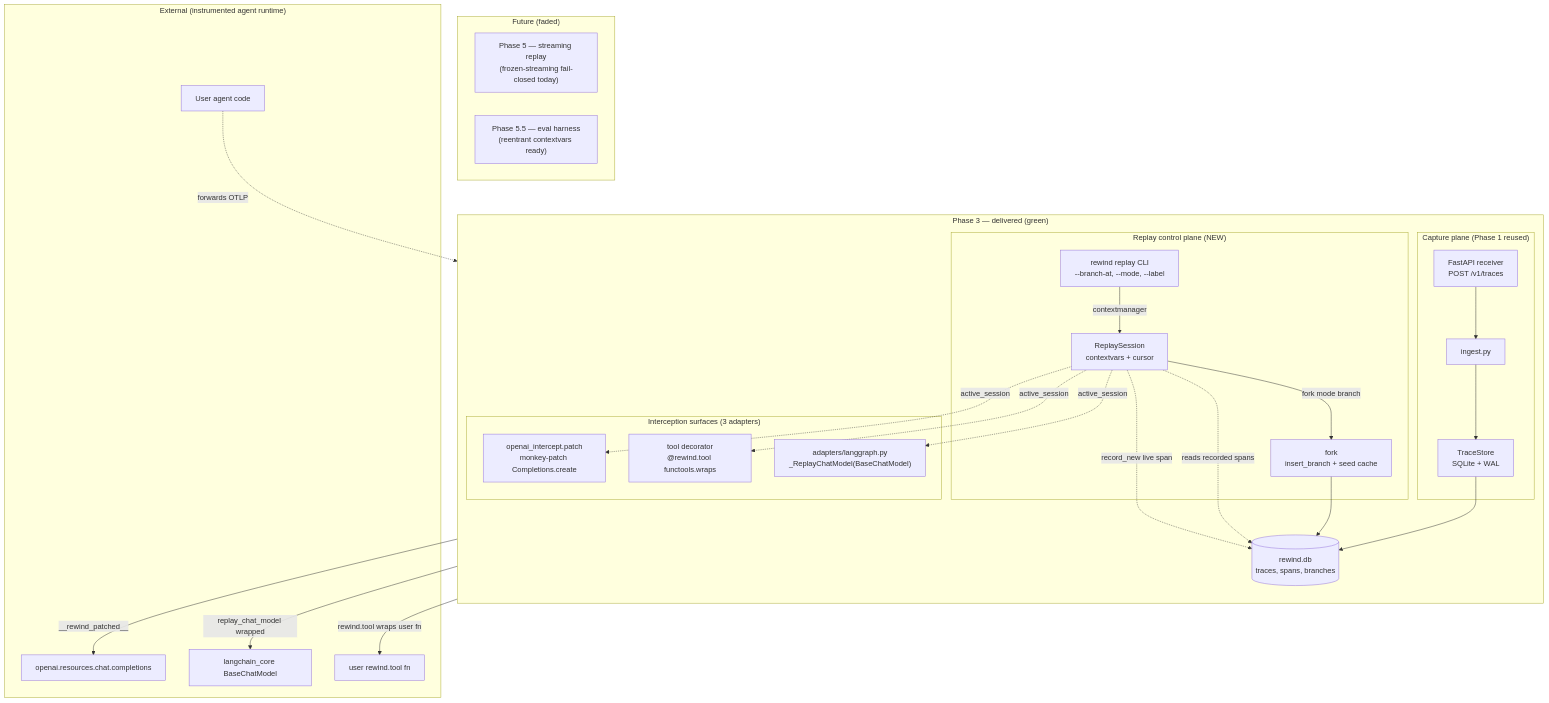
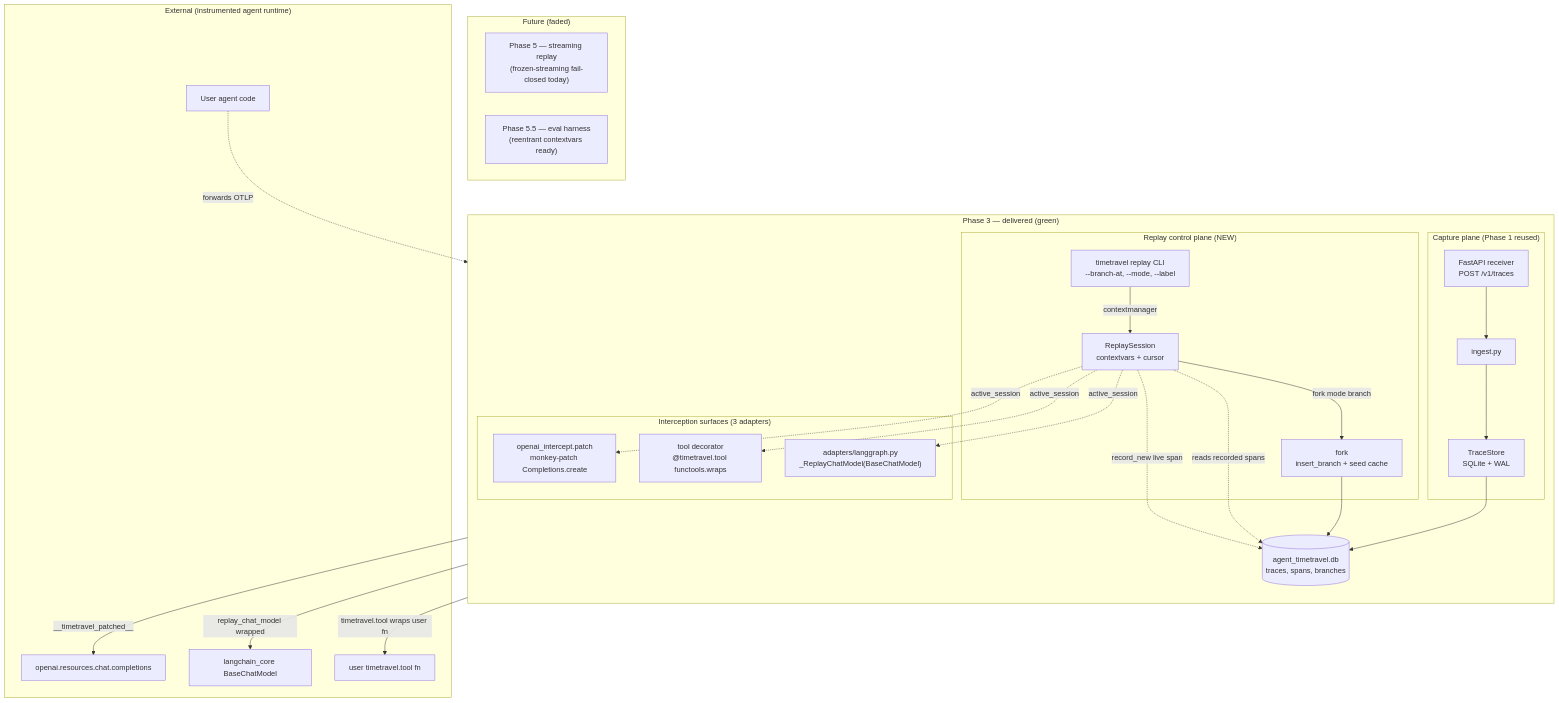
The first of 3 diagrams in docs/phases/phase-3.md (akshay-mp/Rewind), drawn with Mermaid before and after one commit. The commit also changed other lines of this file and 244 other files, not shown here.

First line of the commit message:
Rebrand to agent-timetravel

````diff
--- a/docs/phases/phase-3.md
+++ b/docs/phases/phase-3.md
@@ -112,44 +112,44 @@
 ```mermaid
 flowchart TB
     subgraph P3Delivered["Phase 3 — delivered (green)"]
         direction TB
         subgraph CapturePlane["Capture plane (Phase 1 reused)"]
             Receiver["FastAPI receiver<br/>POST /v1/traces"]
             Ingest["ingest.py"]
             StoreW["TraceStore<br/>SQLite + WAL"]
         end
-        DB[("rewind.db<br/>traces, spans, branches")]
+        DB[("agent_timetravel.db<br/>traces, spans, branches")]
         subgraph ReplayPlane["Replay control plane (NEW)"]
-            CLI["rewind replay CLI<br/>--branch-at, --mode, --label"]
+            CLI["timetravel replay CLI<br/>--branch-at, --mode, --label"]
             Session["ReplaySession<br/>contextvars + cursor"]
             Branch["fork<br/>insert_branch + seed cache"]
         end
         subgraph InterceptPlane["Interception surfaces (3 adapters)"]
             Patch["openai_intercept.patch<br/>monkey-patch Completions.create"]
-            Tool["tool decorator<br/>@rewind.tool functools.wraps"]
+            Tool["tool decorator<br/>@timetravel.tool functools.wraps"]
             Adapter["adapters/langgraph.py<br/>_ReplayChatModel(BaseChatModel)"]
         end
     end
     subgraph P3Future["Future (faded)"]
         Phase5Streaming["Phase 5 — streaming replay<br/>(frozen-streaming fail-closed today)"]
         EvalHarness["Phase 5.5 — eval harness<br/>(reentrant contextvars ready)"]
     end
     subgraph P3External["External (instrumented agent runtime)"]
         AgentCode["User agent code"]
         OpenAI["openai.resources.chat.completions"]
         LangGraph["langchain_core BaseChatModel"]
-        UserTool["user rewind.tool fn"]
+        UserTool["user timetravel.tool fn"]
     end
     AgentCode -.forwards OTLP.-> Receiver
     Receiver --> Ingest --> StoreW --> DB
     CLI -->|contextmanager| Session
     Session -->|fork mode branch| Branch --> DB
     Session -.active_session.-> Patch
     Session -.active_session.-> Tool
     Session -.active_session.-> Adapter
-    Patch -->|__rewind_patched__| OpenAI
+    Patch -->|__timetravel_patched__| OpenAI
     Adapter -->|replay_chat_model wrapped| LangGraph
-    Tool -->|rewind.tool wraps user fn| UserTool
+    Tool -->|timetravel.tool wraps user fn| UserTool
     Session -.reads recorded spans.-> DB
     Session -.record_new live span.-> DB
 ```
````
